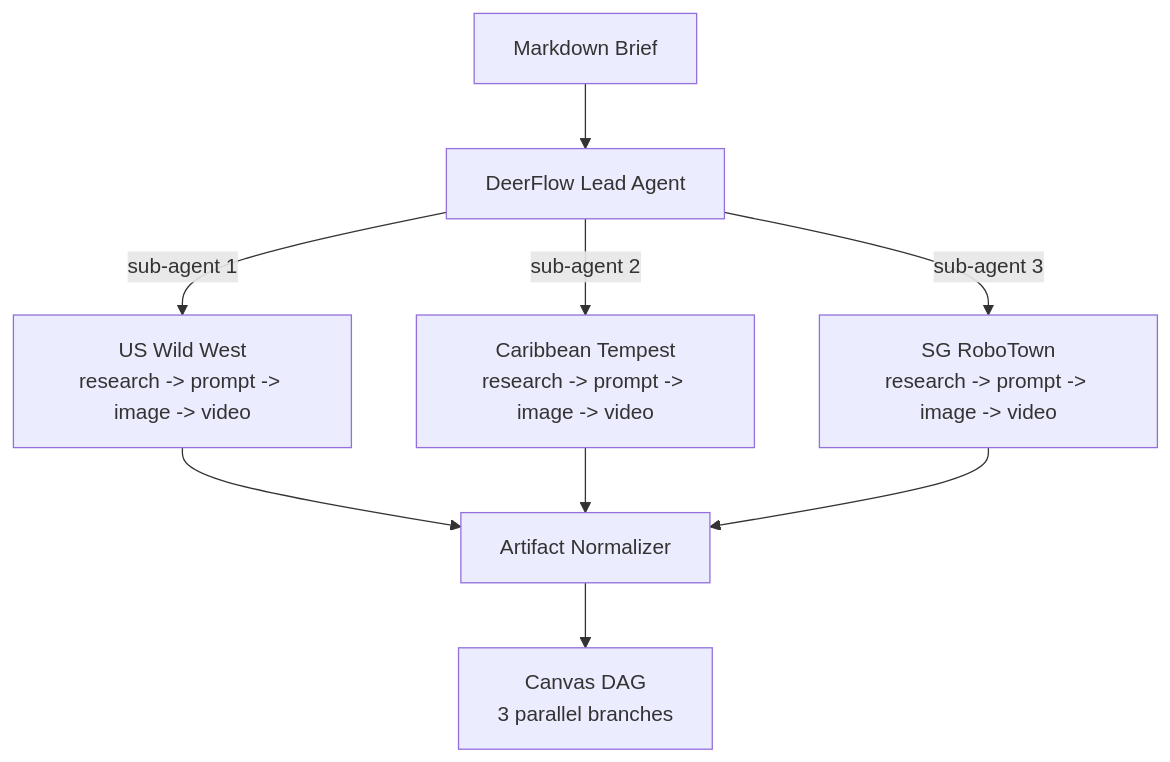
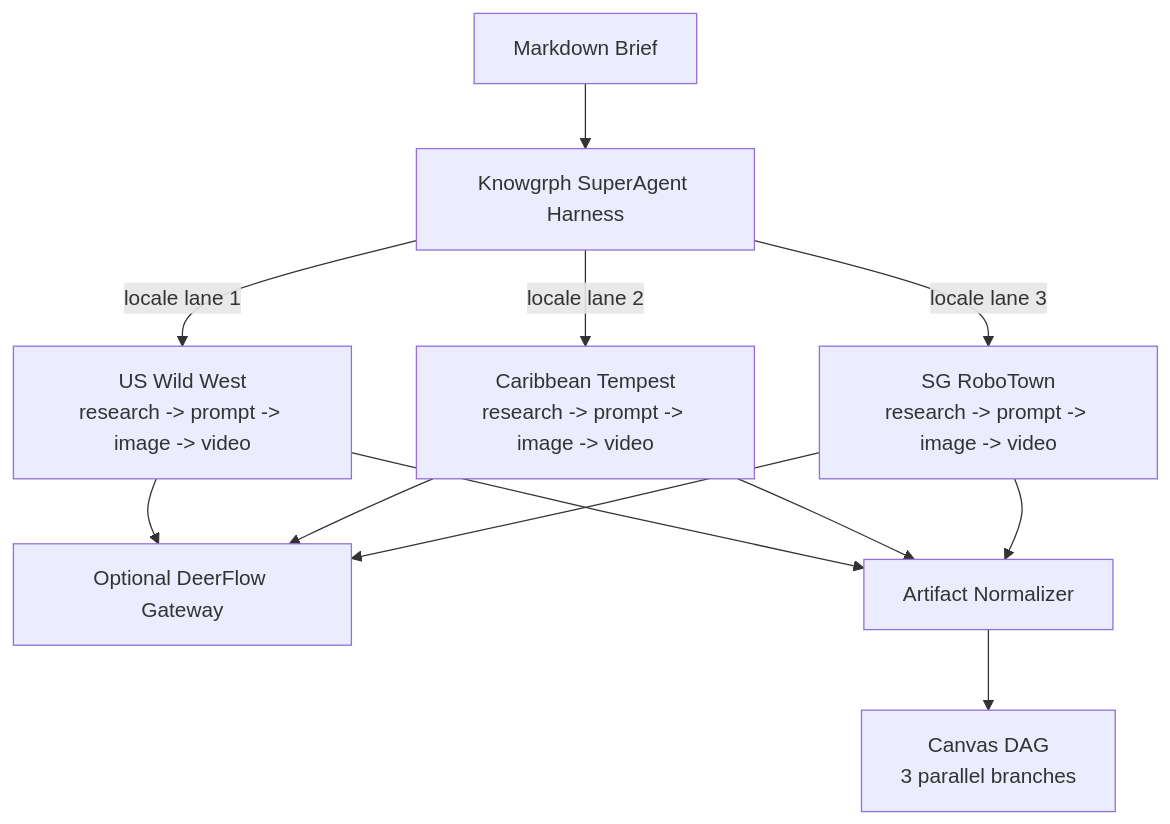
One commit to huijoohwee/knowgrph changed the second of 2 diagrams in docs/documents/knowgrph-deerflow/knowgrph-deerflow-setup-guide.md. Above: the diagram before and after it, drawn with Mermaid. The commit also changed other lines of this file and 810 other files, not shown here.

````diff
--- a/docs/documents/knowgrph-deerflow/knowgrph-deerflow-setup-guide.md
+++ b/docs/documents/knowgrph-deerflow/knowgrph-deerflow-setup-guide.md
@@ -568,11 +573,14 @@
 ```mermaid
 flowchart TD
-    BRIEF["Markdown Brief"] --> AGENT["DeerFlow Lead Agent"]
-    AGENT -->|"sub-agent 1"| US["US Wild West\nresearch -> prompt -> image -> video"]
-    AGENT -->|"sub-agent 2"| CAR["Caribbean Tempest\nresearch -> prompt -> image -> video"]
-    AGENT -->|"sub-agent 3"| SG["SG RoboTown\nresearch -> prompt -> image -> video"]
+    BRIEF["Markdown Brief"] --> HARNESS["Knowgrph SuperAgent Harness"]
+    HARNESS -->|"locale lane 1"| US["US Wild West\nresearch -> prompt -> image -> video"]
+    HARNESS -->|"locale lane 2"| CAR["Caribbean Tempest\nresearch -> prompt -> image -> video"]
+    HARNESS -->|"locale lane 3"| SG["SG RoboTown\nresearch -> prompt -> image -> video"]
+    US --> GATEWAY["Optional DeerFlow Gateway"]
+    CAR --> GATEWAY
+    SG --> GATEWAY
     US --> ART["Artifact Normalizer"]
     CAR --> ART
     SG --> ART
     ART --> CANVAS["Canvas DAG\n3 parallel branches"]
 ```
````
